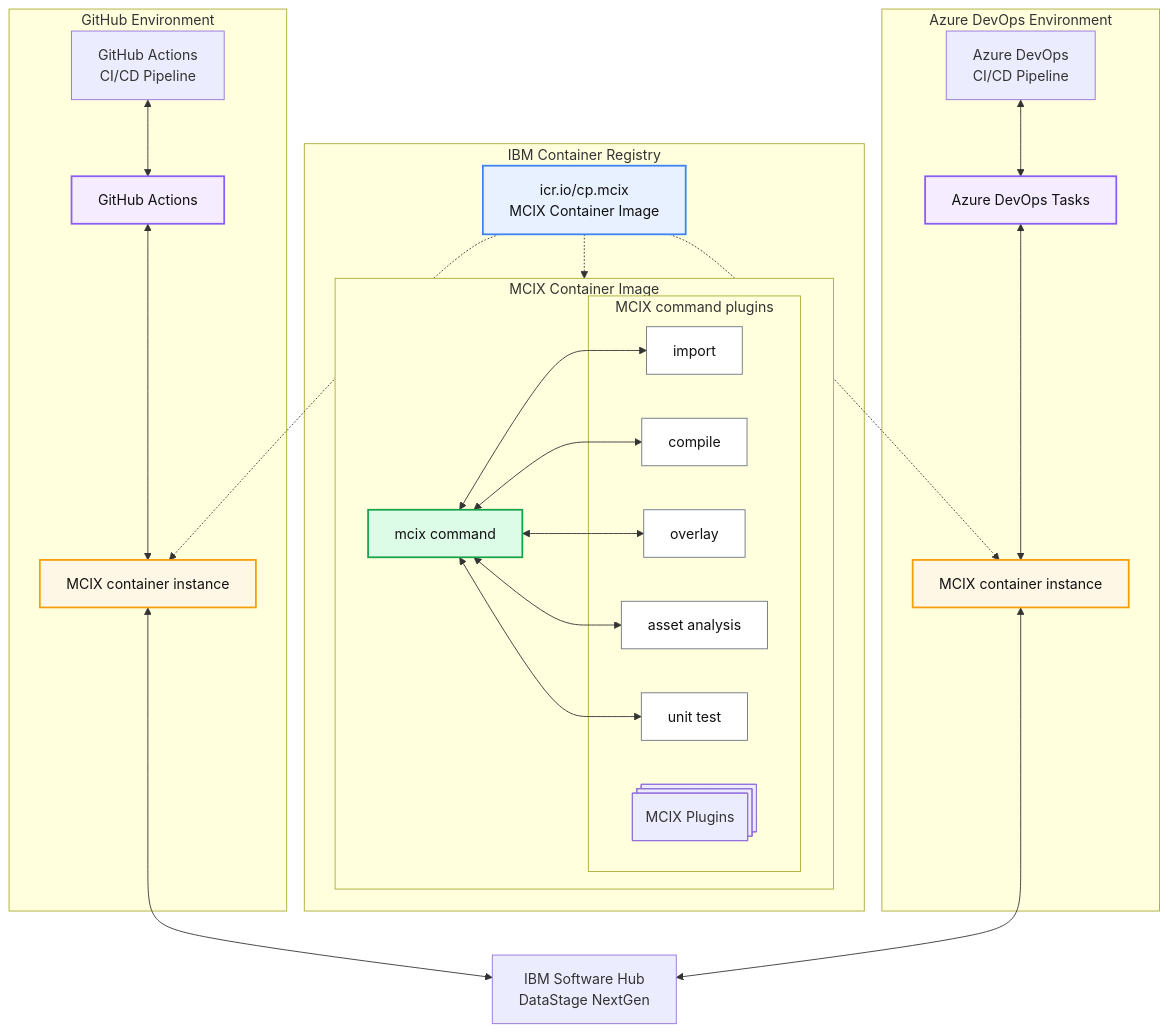
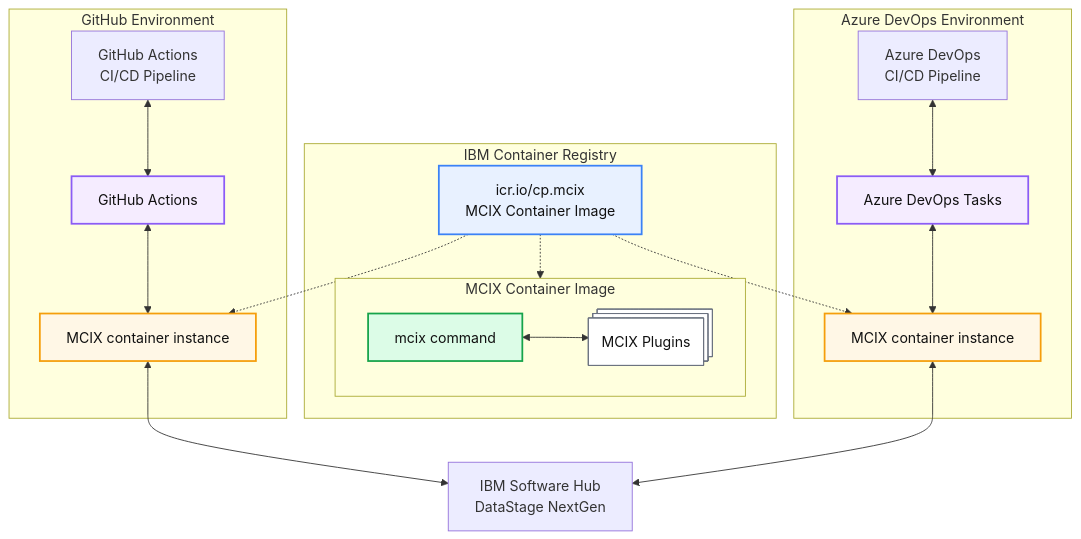
The diagram in ARCHITECTURE.md (MettleCI/mcix), drawn with Mermaid before and after one commit.

Commit message:
Refactor plugin representation in architecture diagram

```diff
--- a/ARCHITECTURE.md
+++ b/ARCHITECTURE.md
@@ -35,29 +35,17 @@
       %% Image internals
       subgraph IMG["MCIX Container Image"]
           MCIX["mcix command"]
-
-          subgraph PLUGINS["MCIX command plugins"]
-              P1["import"]
-              P2["compile"]
-              P3["overlay"]
-              P4["asset analysis"]
-              P5["unit test"]
-              MCIXPLUGINS@{ shape: procs, label: "MCIX Plugins"}
-          end
+          PLUGINS@{ shape: procs, label: "MCIX Plugins"}
       end
       class MCIX command
-      class P1,P2,P3,P4,P5 plugin
+      class PLUGINS plugin
       class IMG image
 
   end
   class ICR registry
 
   ICR -.-> IMG
-  MCIX <--> P1
-  MCIX <--> P2
-  MCIX <--> P3
-  MCIX <--> P4
-  MCIX <--> P5
+  MCIX <--> PLUGINS
 
   CPD["IBM Software Hub<br/>DataStage NextGen"]
 
```
